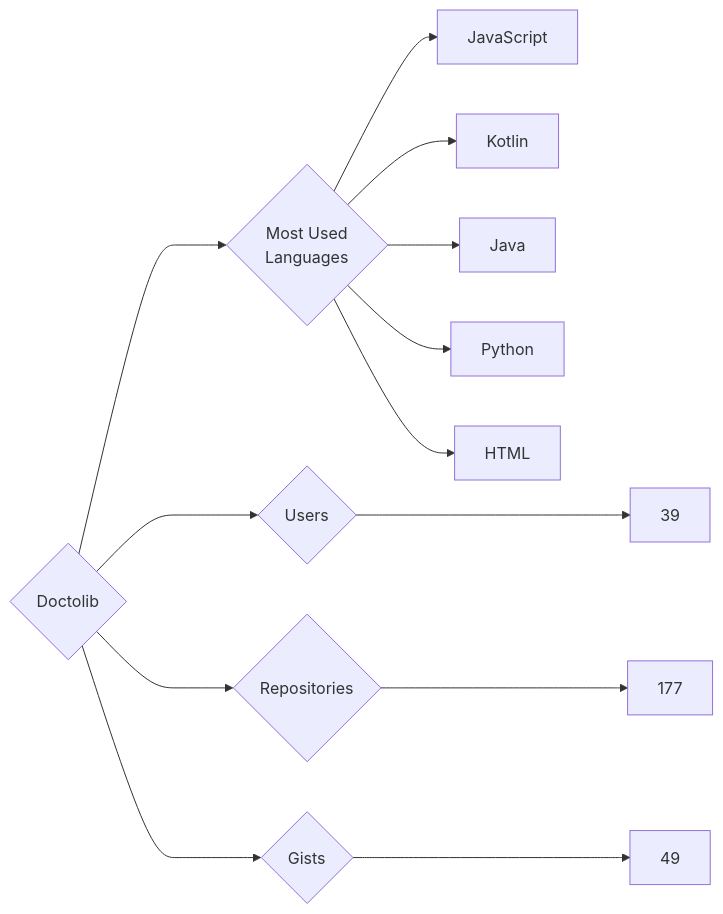
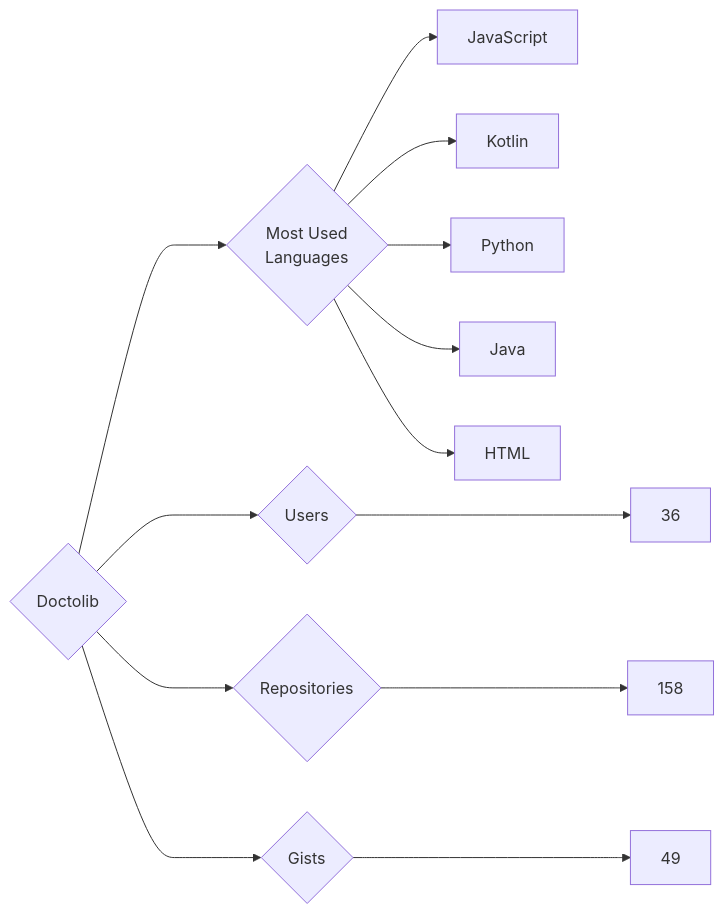
Before and after one commit to trickest/insiders: the diagram in targets/Doctolib/README.md, drawn with Mermaid. The commit also changed 880 other files, not shown here.

````diff
--- a/targets/Doctolib/README.md
+++ b/targets/Doctolib/README.md
@@ -3,13 +3,13 @@
 ```mermaid
 graph LR
 COMPANY_NAME{Doctolib}
-COMPANY_NAME ---> U{Users} ---> UN[39]
-COMPANY_NAME ---> R{Repositories} ---> RN[177]
+COMPANY_NAME ---> U{Users} ---> UN[36]
+COMPANY_NAME ---> R{Repositories} ---> RN[158]
 COMPANY_NAME ---> G{Gists} ---> GN[49]
 COMPANY_NAME ---> ML{Most Used<br>Languages}
 ML --> JavaScript[JavaScript]
 ML --> Kotlin[Kotlin]
+ML --> Python[Python]
 ML --> Java[Java]
-ML --> Python[Python]
 ML --> HTML[HTML]
 ```
````
